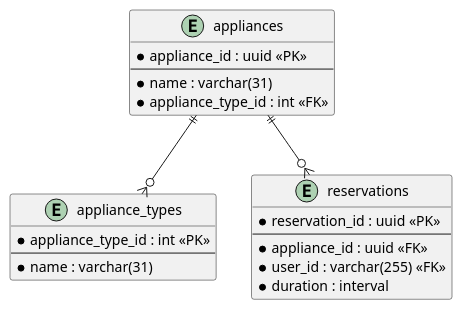
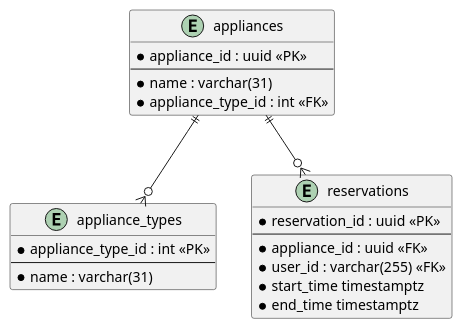
The diagram in docs/database.puml (RuslanKarabalin/laundry-management-system), drawn with PlantUML before and after one commit. The commit also changed 6 other files, not shown here.

```diff
--- a/docs/database.puml
+++ b/docs/database.puml
@@ -1,27 +1,28 @@
 @startuml database
 
 entity "appliance_types" {
     * appliance_type_id : int <<PK>>
     --
     * name : varchar(31)
 }
 
 entity "appliances" {
     * appliance_id : uuid <<PK>>
     --
     * name : varchar(31)
     * appliance_type_id : int <<FK>>
 }
 
 entity "reservations" {
     * reservation_id : uuid <<PK>>
     --
     * appliance_id : uuid <<FK>>
     * user_id : varchar(255) <<FK>>
-    * duration : interval 
+    * start_time timestamptz
+    * end_time timestamptz
 }
 
 appliances ||--o{ appliance_types
 appliances ||--o{ reservations
 
 @enduml
```
